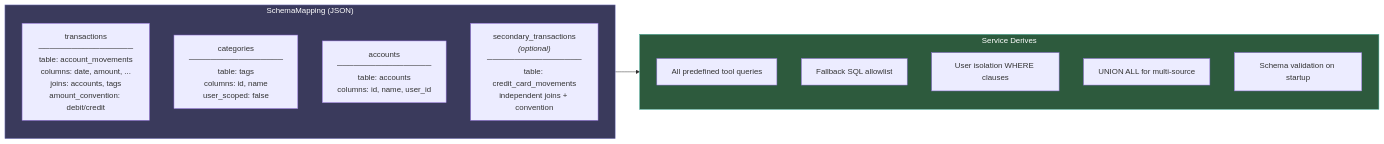
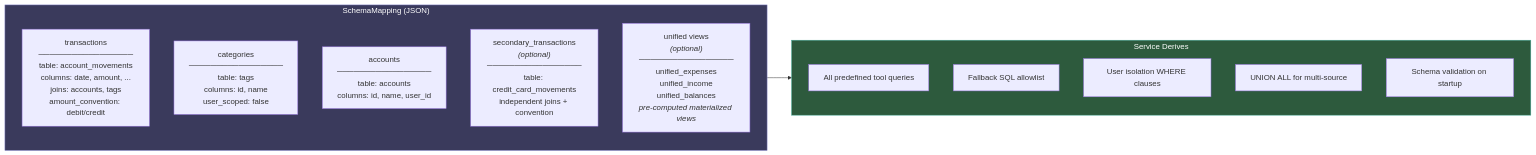
The eighth of 8 diagrams in README.md (maxibove13/finance-query-agent), drawn with Mermaid before and after one commit. The commit also changed other lines of this file and 2 other files, not shown here.

First line of the commit message:
docs: update documentation to match consolidated tool architecture (#22)

````diff
--- a/README.md
+++ b/README.md
@@ -279,24 +275,25 @@
 ```mermaid
 graph LR
     subgraph SchemaMapping["SchemaMapping (JSON)"]
         direction TB
         TX["transactions<br/>─────────────────<br/>table: account_movements<br/>columns: date, amount, ...<br/>joins: accounts, tags<br/>amount_convention: debit/credit"]
         CAT["categories<br/>─────────────────<br/>table: tags<br/>columns: id, name<br/>user_scoped: false"]
         ACCT["accounts<br/>─────────────────<br/>table: accounts<br/>columns: id, name, user_id"]
         SEC["secondary_transactions<br/><i>(optional)</i><br/>─────────────────<br/>table: credit_card_movements<br/>independent joins + convention"]
+        VIEWS["unified views<br/><i>(optional)</i><br/>─────────────────<br/>unified_expenses<br/>unified_income<br/>unified_balances<br/><i>pre-computed materialized views</i>"]
     end
 
     SchemaMapping --> DERIVES
 
     subgraph DERIVES["Service Derives"]
         direction TB
         D1["All predefined tool queries"]
         D2["Fallback SQL allowlist"]
         D3["User isolation WHERE clauses"]
         D4["UNION ALL for multi-source"]
         D5["Schema validation on startup"]
     end
 
     style SchemaMapping fill:#3a3a5c,stroke:#88c,color:#fff
     style DERIVES fill:#2d5a3d,stroke:#4a9,color:#fff
 ```
````
